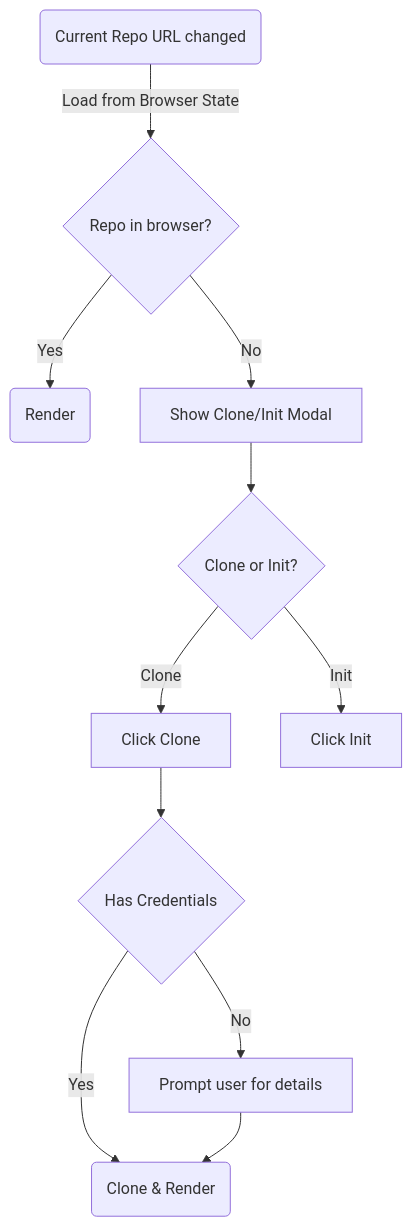
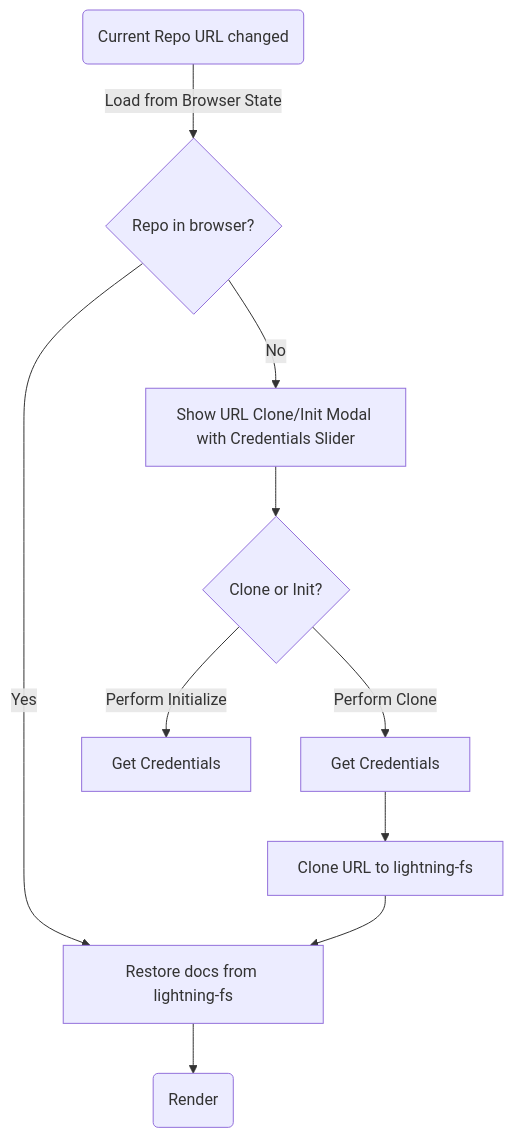
The diagram in t4rD77Dy-co_tSRwiscVs.md (sengac/gitfeatures-spec), drawn with Mermaid before and after one commit.

Commit message:
update diagram

````diff
--- a/t4rD77Dy-co_tSRwiscVs.md
+++ b/t4rD77Dy-co_tSRwiscVs.md
@@ -10,13 +10,12 @@
 ```mermaid
 graph TD
     A(Current Repo URL changed) -->|Load from Browser State| B{Repo in browser?}
-    B -->|Yes| D(Render)
+    B -->|Yes| restore-lfs[Restore docs from lightning-fs]
+    restore-lfs --> render(Render)
     B -->|No| E[Show Init/Clone Modal]
-    E[Show Clone/Init Modal] --> F{Clone or Init?}
-    F -->|Clone| G[Click Clone]
-    F -->|Init| H[Click Init]
-    G --> I{Has Credentials}
-    I -->|Yes| J(Clone & Render)
-    I -->|No| K[Prompt user for details]
-    K --> J
+    E[Show URL Clone/Init Modal with Credentials Slider] --> F{Clone or Init?}
+    F -->|Perform Clone| G[Get Credentials]
+    F -->|Perform Initialize| H[Get Credentials]
+    G --> I[Clone URL to lightning-fs]
+    I --> restore-lfs
 ```
````
